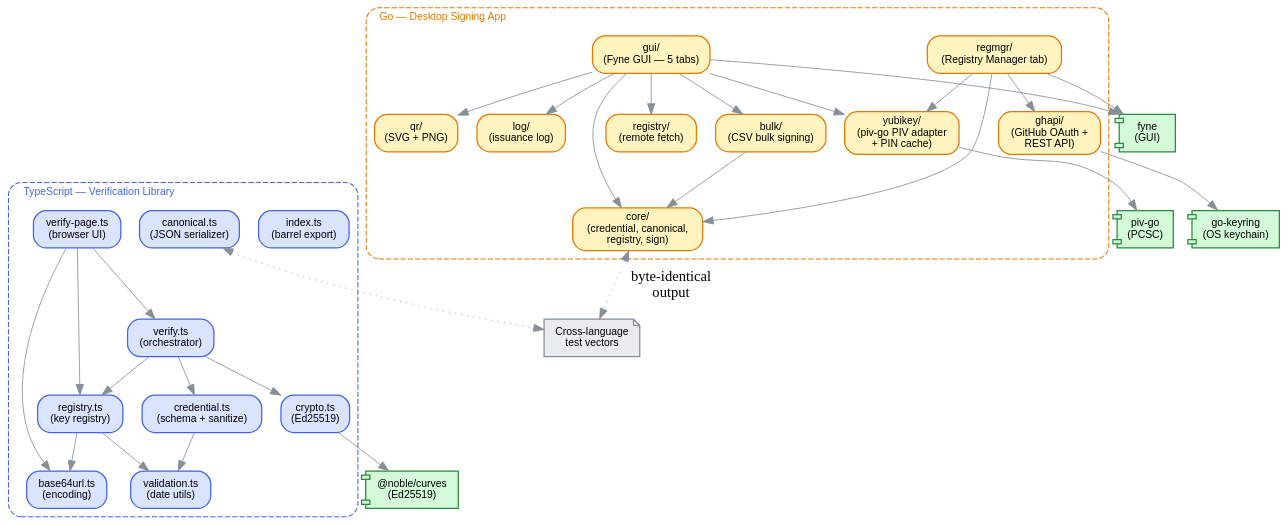
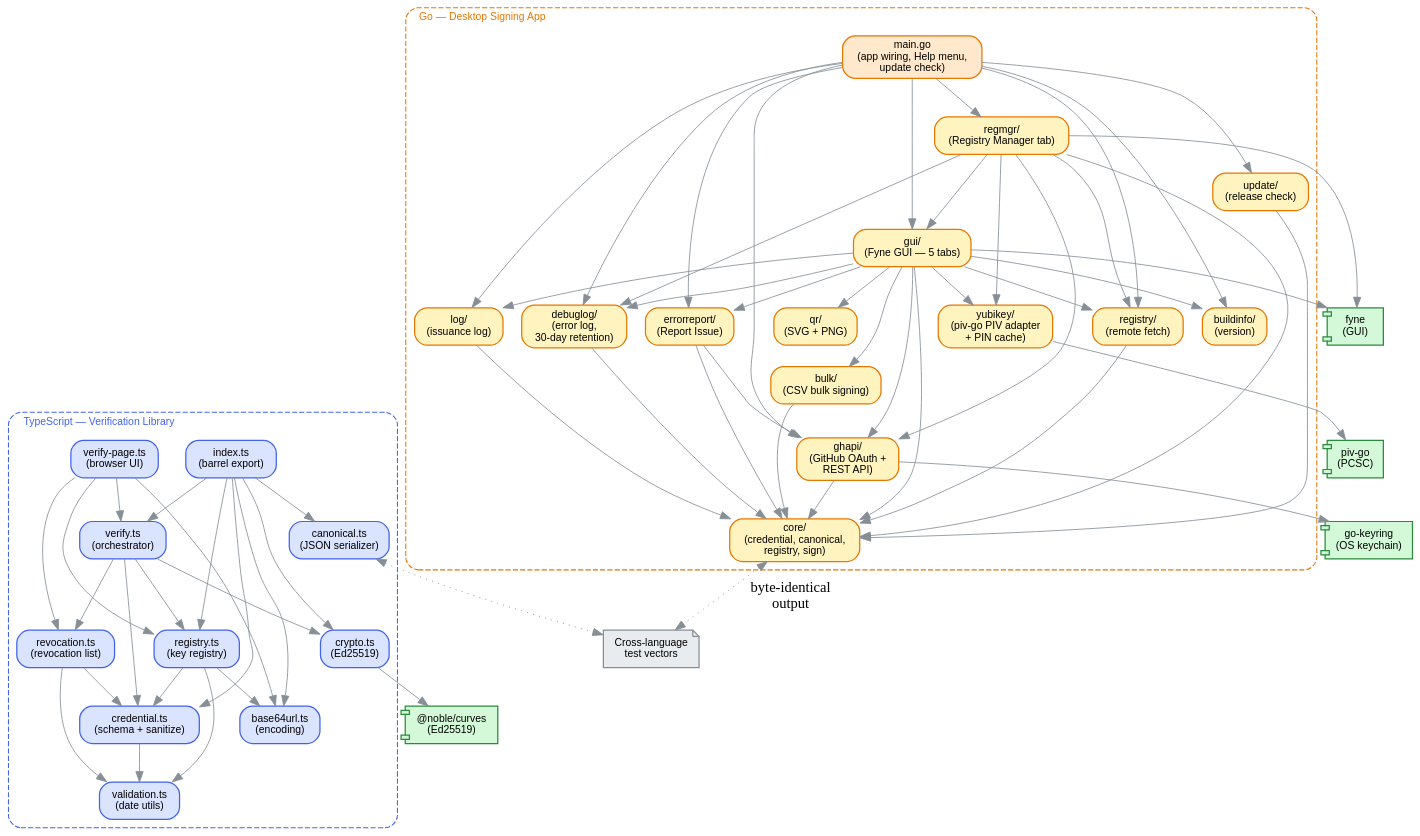
The diagram in docs/module-architecture.dot (RoyalHouseOfGeorgia/rhg_authenticator), drawn with Graphviz before and after one commit. The commit also changed 29 other files, not shown here.

```diff
--- a/docs/module-architecture.dot
+++ b/docs/module-architecture.dot
@@ -1,90 +1,130 @@
 digraph module_architecture {
     rankdir=TB;
     bgcolor="transparent";
     node [fontname="Helvetica", fontsize=10, style="filled,rounded", shape=box, penwidth=1.2];
     edge [color="#868e96", penwidth=0.8];
     compound=true;
 
     // TypeScript verification library
     subgraph cluster_ts {
         label="TypeScript — Verification Library";
         labeljust=l;
         style="dashed,rounded";
         color="#4263eb";
         fontname="Helvetica";
         fontsize=10;
         fontcolor="#4263eb";
 
         index [label="index.ts\n(barrel export)", fillcolor="#dbe4ff", color="#4263eb"];
         verify [label="verify.ts\n(orchestrator)", fillcolor="#dbe4ff", color="#4263eb"];
         verify_page [label="verify-page.ts\n(browser UI)", fillcolor="#dbe4ff", color="#4263eb"];
         credential [label="credential.ts\n(schema + sanitize)", fillcolor="#dbe4ff", color="#4263eb"];
         crypto [label="crypto.ts\n(Ed25519)", fillcolor="#dbe4ff", color="#4263eb"];
         registry [label="registry.ts\n(key registry)", fillcolor="#dbe4ff", color="#4263eb"];
+        revocation [label="revocation.ts\n(revocation list)", fillcolor="#dbe4ff", color="#4263eb"];
         validation [label="validation.ts\n(date utils)", fillcolor="#dbe4ff", color="#4263eb"];
         base64url [label="base64url.ts\n(encoding)", fillcolor="#dbe4ff", color="#4263eb"];
         canonical [label="canonical.ts\n(JSON serializer)", fillcolor="#dbe4ff", color="#4263eb"];
     }
 
     // Go signing app
     subgraph cluster_go {
         label="Go — Desktop Signing App";
         labeljust=l;
         style="dashed,rounded";
         color="#e67700";
         fontname="Helvetica";
         fontsize=10;
         fontcolor="#e67700";
 
+        go_main [label="main.go\n(app wiring, Help menu,\nupdate check)", fillcolor="#ffe8cc", color="#e67700"];
         go_gui [label="gui/\n(Fyne GUI — 5 tabs)", fillcolor="#fff3bf", color="#e67700"];
         go_bulk [label="bulk/\n(CSV bulk signing)", fillcolor="#fff3bf", color="#e67700"];
         go_core [label="core/\n(credential, canonical,\nregistry, sign)", fillcolor="#fff3bf", color="#e67700"];
         go_regmgr [label="regmgr/\n(Registry Manager tab)", fillcolor="#fff3bf", color="#e67700"];
         go_ghapi [label="ghapi/\n(GitHub OAuth +\nREST API)", fillcolor="#fff3bf", color="#e67700"];
         go_yubikey [label="yubikey/\n(piv-go PIV adapter\n+ PIN cache)", fillcolor="#fff3bf", color="#e67700"];
         go_qr [label="qr/\n(SVG + PNG)", fillcolor="#fff3bf", color="#e67700"];
         go_log [label="log/\n(issuance log)", fillcolor="#fff3bf", color="#e67700"];
         go_registry [label="registry/\n(remote fetch)", fillcolor="#fff3bf", color="#e67700"];
+        go_debuglog [label="debuglog/\n(error log,\n30-day retention)", fillcolor="#fff3bf", color="#e67700"];
+        go_errorreport [label="errorreport/\n(Report Issue)", fillcolor="#fff3bf", color="#e67700"];
+        go_update [label="update/\n(release check)", fillcolor="#fff3bf", color="#e67700"];
+        go_buildinfo [label="buildinfo/\n(version)", fillcolor="#fff3bf", color="#e67700"];
     }
 
     // External deps
     noble [label="@noble/curves\n(Ed25519)", shape=component, fillcolor="#d3f9d8", color="#2b8a3e"];
     pivgo [label="piv-go\n(PCSC)", shape=component, fillcolor="#d3f9d8", color="#2b8a3e"];
     fyne [label="fyne\n(GUI)", shape=component, fillcolor="#d3f9d8", color="#2b8a3e"];
     keyring [label="go-keyring\n(OS keychain)", shape=component, fillcolor="#d3f9d8", color="#2b8a3e"];
 
     // Cross-language link
     vectors [label="Cross-language\ntest vectors", shape=note, fillcolor="#e9ecef", color="#868e96"];
 
     // TypeScript core deps
+    index -> verify;
+    index -> registry;
+    index -> credential;
+    index -> crypto;
+    index -> base64url;
+    index -> canonical;
     verify -> credential;
     verify -> crypto;
     verify -> registry;
+    verify -> revocation;
     verify_page -> verify;
     verify_page -> base64url;
     verify_page -> registry;
+    verify_page -> revocation;
     credential -> validation;
     registry -> base64url;
+    registry -> credential;
     registry -> validation;
+    revocation -> credential;
+    revocation -> validation;
     crypto -> noble;
 
-    // Go internal deps
+    // Go internal deps (from `go list`; core is imported by nearly every package)
+    go_main -> go_gui;
+    go_main -> go_regmgr;
+    go_main -> go_update;
+    go_main -> go_buildinfo;
+    go_main -> go_debuglog;
+    go_main -> go_errorreport;
+    go_main -> go_ghapi;
+    go_main -> go_log;
+    go_main -> go_registry;
     go_gui -> go_core;
     go_gui -> go_bulk;
-    go_bulk -> go_core;
     go_gui -> go_yubikey;
     go_gui -> go_qr;
     go_gui -> go_log;
     go_gui -> go_registry;
+    go_gui -> go_ghapi;
+    go_gui -> go_debuglog;
+    go_gui -> go_errorreport;
+    go_gui -> go_buildinfo;
+    go_bulk -> go_core;
+    go_log -> go_core;
+    go_registry -> go_core;
+    go_ghapi -> go_core;
+    go_debuglog -> go_core;
+    go_update -> go_core;
+    go_errorreport -> go_core;
+    go_errorreport -> go_ghapi;
+    go_regmgr -> go_gui;
     go_regmgr -> go_core;
     go_regmgr -> go_ghapi;
     go_regmgr -> go_yubikey;
+    go_regmgr -> go_registry;
+    go_regmgr -> go_debuglog;
     go_yubikey -> pivgo;
     go_gui -> fyne;
     go_regmgr -> fyne;
     go_ghapi -> keyring;
 
     // Cross-language
     go_core -> vectors [style=dotted, dir=both, label="byte-identical\noutput"];
     canonical -> vectors [style=dotted, dir=both];
 }
```
